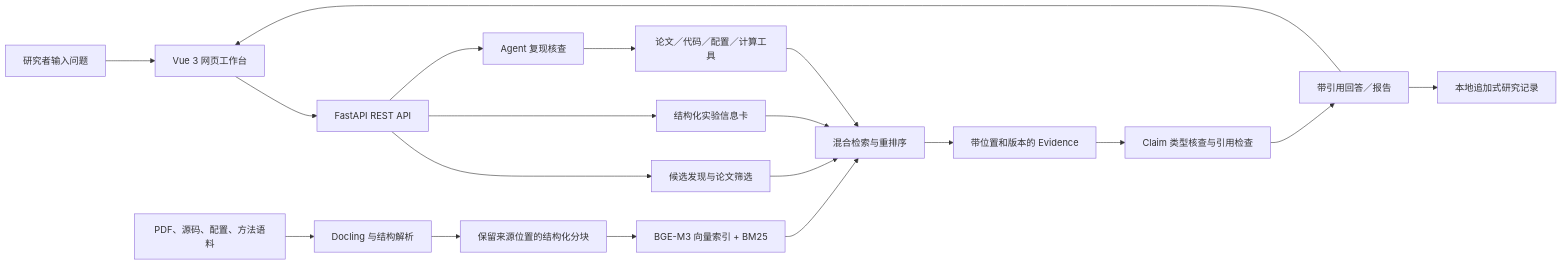
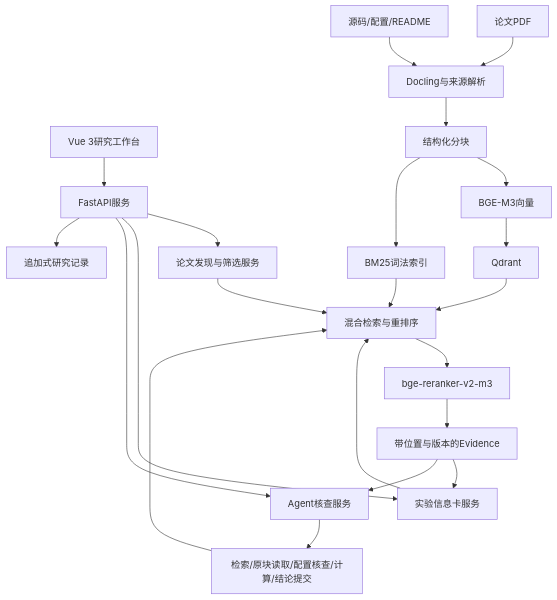
The second of 2 diagrams in docs/application-solution.md (Masterq8/ICAN), drawn with Mermaid before and after one commit. The commit also changed other lines of this file and 3 other files, not shown here.

````diff
--- a/docs/application-solution.md
+++ b/docs/application-solution.md
@@ -101,21 +125,26 @@
-```mermaid
-flowchart LR
-    U[研究者输入问题] --> WEB[Vue 3 网页工作台]
-    WEB --> API[FastAPI REST API]
-    API --> DISC[候选发现与论文筛选]
-    API --> CARD[结构化实验信息卡]
-    API --> AGENT[Agent 复现核查]
+~~~mermaid
+flowchart TB
+    UI[Vue 3研究工作台] --> API[FastAPI服务]
+    API --> DISC[论文发现与筛选服务]
+    API --> CARD[实验信息卡服务]
+    API --> AGENT[Agent核查服务]
+    API --> STORE[追加式研究记录]
+
     DISC --> RET[混合检索与重排序]
     CARD --> RET
-    AGENT --> TOOLS[论文／代码／配置／计算工具]
+    AGENT --> TOOLS[检索/原块读取/配置核查/计算/结论提交]
     TOOLS --> RET
-    RET --> EVID[带位置和版本的 Evidence]
-    EVID --> VERIFY[Claim 类型核查与引用检查]
-    VERIFY --> ANSWER[带引用回答／报告]
-    ANSWER --> WEB
-    DOCS[PDF、源码、配置、方法语料] --> PARSE[Docling 与结构解析]
-    PARSE --> CHUNK[保留来源位置的结构化分块]
-    CHUNK --> INDEX[BGE-M3 向量索引 + BM25]
-    INDEX --> RET
-    ANSWER --> STORE[本地追加式研究记录]
-```
+
+    PDF[论文PDF] --> PARSE[Docling与来源解析]
+    CODE[源码/配置/README] --> PARSE
+    PARSE --> CHUNK[结构化分块]
+    CHUNK --> DENSE[BGE-M3向量]
+    CHUNK --> BM25[BM25词法索引]
+    DENSE --> QDRANT[Qdrant]
+    QDRANT --> RET
+    BM25 --> RET
+    RET --> RERANK[bge-reranker-v2-m3]
+    RERANK --> EVIDENCE[带位置与版本的Evidence]
+    EVIDENCE --> CARD
+    EVIDENCE --> AGENT
+~~~
````
